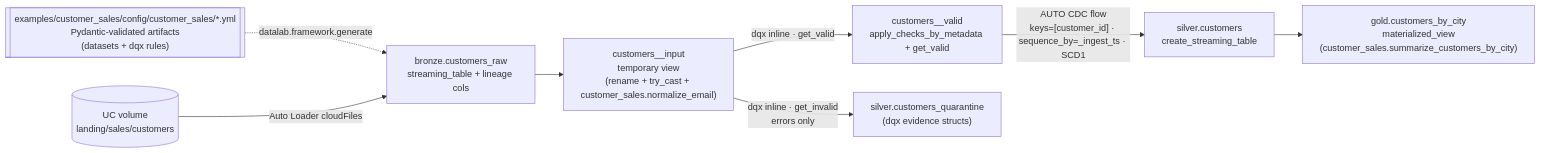
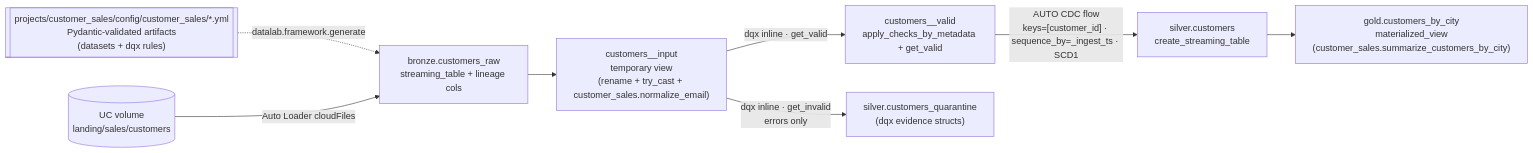
One commit to Vegash09/Demo_Lab changed the fourth of 6 diagrams in docs/ARCHITECTURE.md. Above: the diagram before and after it, drawn with Mermaid. The commit also changed other lines of this file and 68 other files, not shown here.

First line of the commit message:
refactor: rename examples/ -> projects/ (reference domains)

````diff
--- a/docs/ARCHITECTURE.md
+++ b/docs/ARCHITECTURE.md
@@ -87,10 +87,10 @@
 ```mermaid
 flowchart LR
-    YML[["examples/customer_sales/config/customer_sales/*.yml<br/>Pydantic-validated artifacts<br/>(datasets + dqx rules)"]] -.->|"datalab.framework.generate"| BR
+    YML[["projects/customer_sales/config/customer_sales/*.yml<br/>Pydantic-validated artifacts<br/>(datasets + dqx rules)"]] -.->|"datalab.framework.generate"| BR
     LAND[("UC volume<br/>landing/sales/customers")] -->|"Auto Loader cloudFiles"| BR["bronze.customers_raw<br/>streaming_table + lineage cols"]
     BR --> IN["customers__input<br/>temporary view<br/>(rename + try_cast + customer_sales.normalize_email)"]
     IN -->|"dqx inline · get_valid"| VAL["customers__valid<br/>apply_checks_by_metadata + get_valid"]
     IN -->|"dqx inline · get_invalid<br/>errors only"| QUAR["silver.customers_quarantine<br/>(dqx evidence structs)"]
     VAL -->|"AUTO CDC flow<br/>keys=[customer_id] · sequence_by=_ingest_ts · SCD1"| SIL["silver.customers<br/>create_streaming_table"]
     SIL --> GOLD["gold.customers_by_city<br/>materialized_view<br/>(customer_sales.summarize_customers_by_city)"]
 ```
````
